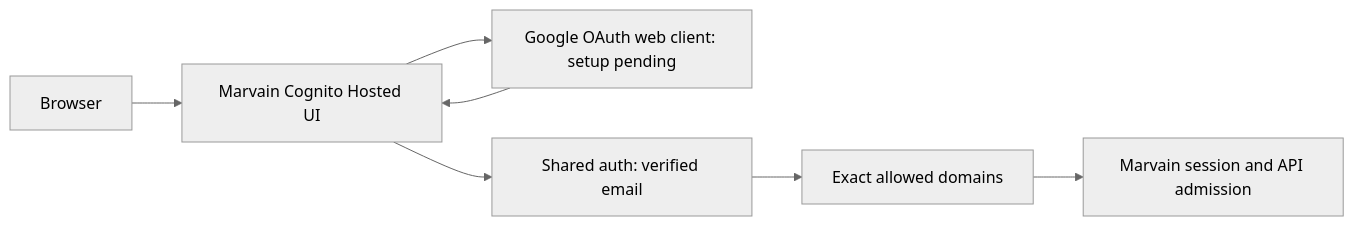
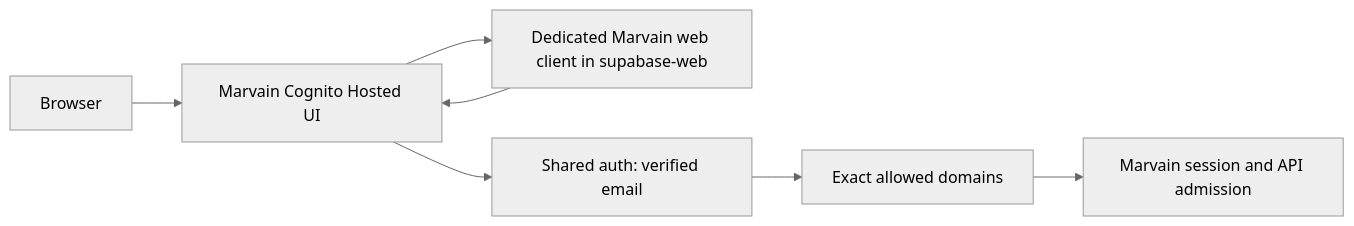
One commit to Daylily-Informatics/marvain changed the first of 4 diagrams in docs/plans/20261109_marvain_4x_release_demo_packet.md. Above: the diagram before and after it, drawn with Mermaid (neutral theme). The commit also changed other lines of this file and 1 other file, not shown here.

Commit message:
Prepare Marvain 4.0.4 Google federation deployment

````diff
--- a/docs/plans/20261109_marvain_4x_release_demo_packet.md
+++ b/docs/plans/20261109_marvain_4x_release_demo_packet.md
@@ -13,9 +13,9 @@
 ```mermaid
 flowchart LR
   B[Browser] --> C[Marvain Cognito Hosted UI]
-  C --> G[Google OAuth web client: setup pending]
+  C --> G[Dedicated Marvain web client in supabase-web]
   G --> C
   C --> A[Shared auth: verified email]
   A --> D[Exact allowed domains]
   D --> M[Marvain session and API admission]
 ```
````
